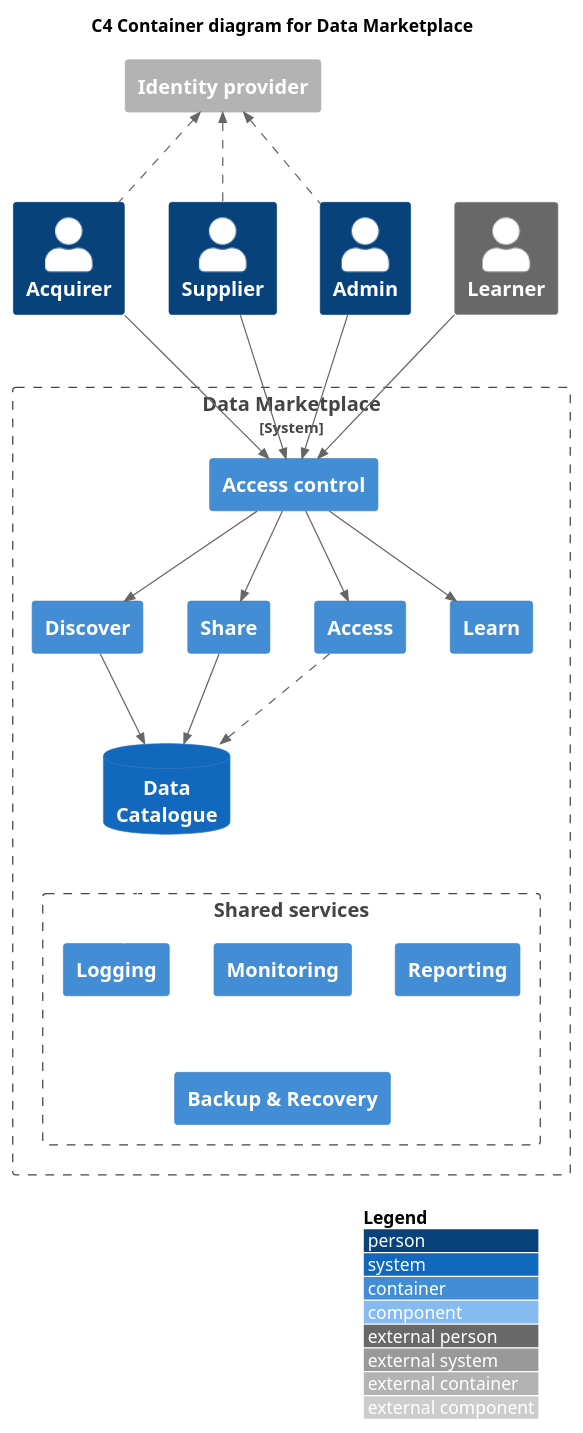
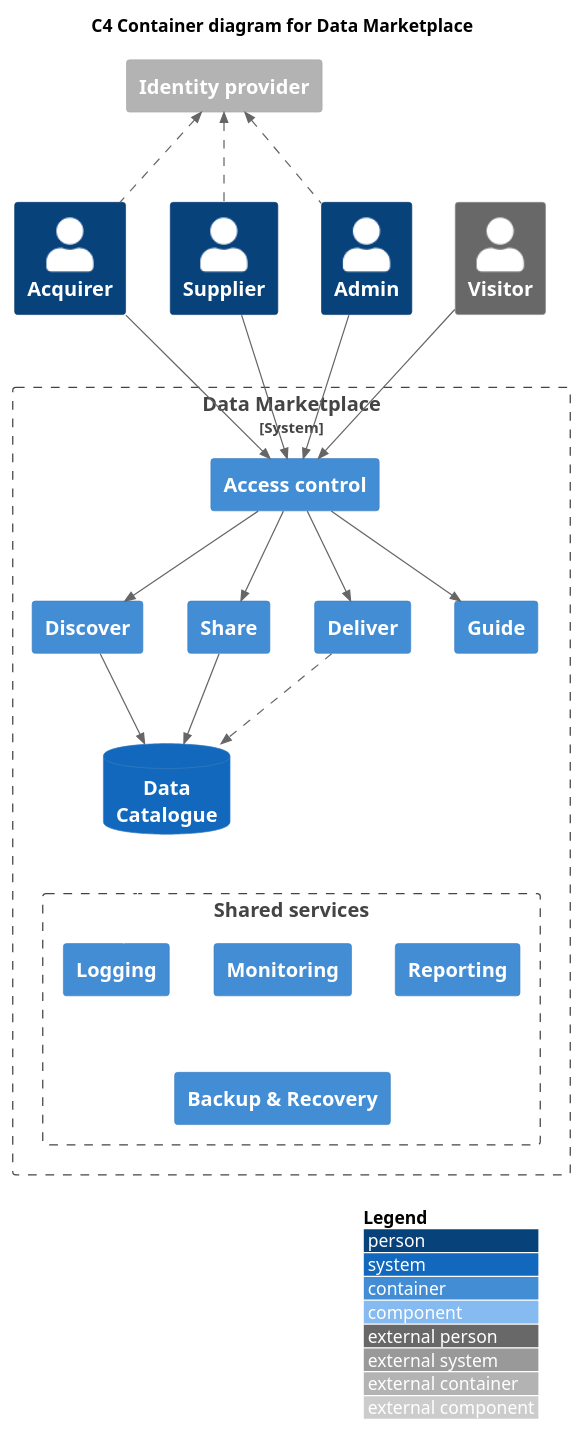
The diagram in data-marketplace/dm-c4-container.puml (co-cddo/data-architecture), drawn with PlantUML before and after one commit. The commit also changed 2 other files, not shown here.

Commit message:
Update file(s) "/." from "co-cddo/data-architecture-r"

```diff
--- a/data-marketplace/dm-c4-container.puml
+++ b/data-marketplace/dm-c4-container.puml
@@ -1,56 +1,56 @@
 @startuml dm-c4-container 
 !include <C4/C4_Container>
 !include <C4/C4_Component>
 'left to right direction
 
   title C4 Container diagram for Data Marketplace
   
   AddRelTag("dashed", $lineStyle=DashedLine())
 
   Person(acquirer, "Acquirer", "")
   Person(supplier, "Supplier", "")
   Person(admin, "Admin", "")
 
-  Person_Ext(learner, "Learner", "")
+  Person_Ext(visitor, "Visitor", "")
 
   Container_Ext(idp, "Identity provider", "")
 
   System_Boundary(dm, "Data Marketplace") {
   
     Container(am, "Access control", "")
     Container(discover, "Discover", "")
     Container(share, "Share", "")
-    Container(access, "Access", "") 
-    Container(learn, "Learn", "") 
+    Container(deliver, "Deliver", "") 
+    Container(guide, "Guide", "") 
     SystemDb(catalog, "Data\nCatalogue", "")
 
     Boundary(common, "Shared services") {
       Container(logging, "Logging", "")
       Container(monitoring, "Monitoring", "")
       Container(reporting, "Reporting", "")  
       Container(backup, "Backup & Recovery", "")     
     }
     catalog -[#hidden]- logging 
     'logging -[#hidden] backup
   }
 
   Rel_U(supplier, idp, "", $tags="dashed")
   Rel_U(acquirer, idp, "", $tags="dashed")
   Rel_U(admin, idp, "", $tags="dashed")
   
   Rel(supplier, am, "")
   Rel(acquirer, am, "")
   Rel(admin, am, "")
-  Rel(learner, am, "")
+  Rel(visitor, am, "")
 
   Rel(am, discover, "")
   Rel(am, share, "")
-  Rel(am, access, "")
-  Rel(am, learn, "")
+  Rel(am, deliver, "")
+  Rel(am, guide, "")
 
   Rel(discover, catalog, "")
   Rel(share, catalog, "")
-  Rel(access, catalog, "", $tags="dashed")
+  Rel(deliver, catalog, "", $tags="dashed")
 
   LAYOUT_WITH_LEGEND()
 @enduml
```
